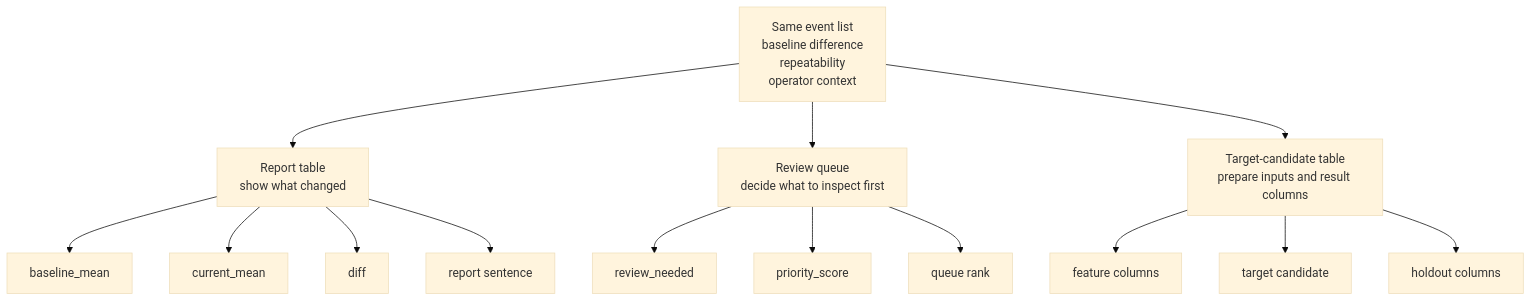
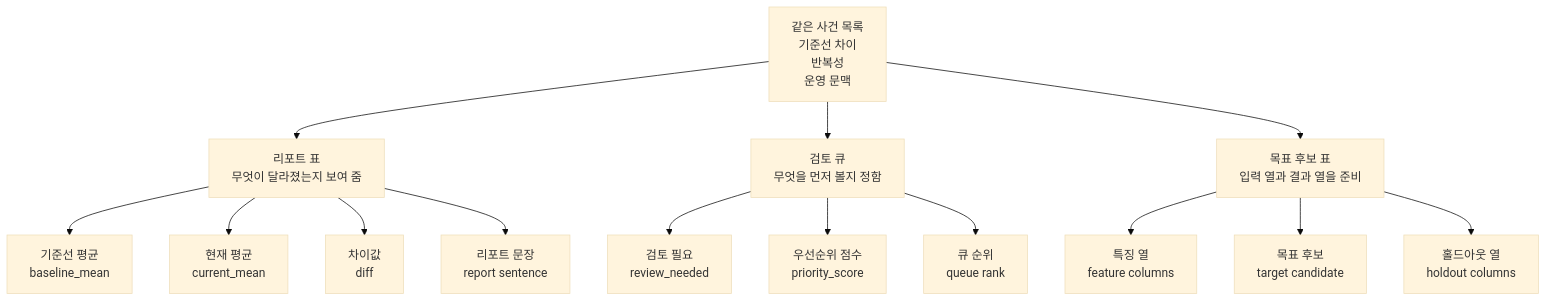
One commit to devchan64/AiBook changed the diagram in docs/parts/part-03/chapter-09/section-03.md. Above: the diagram before and after it, drawn with Mermaid (base theme). The commit also changed 45 other files, not shown here.

Commit message:
docs: localize part 3 mermaid diagrams

````diff
--- a/docs/parts/part-03/chapter-09/section-03.md
+++ b/docs/parts/part-03/chapter-09/section-03.md
@@ -72,21 +72,21 @@
 ```mermaid
 flowchart TD
-    A[Same event list<br/>baseline difference<br/>repeatability<br/>operator context]
+    A[같은 사건 목록<br/>기준선 차이<br/>반복성<br/>운영 문맥]
 
-    A --> B[Report table<br/>show what changed]
-    A --> C[Review queue<br/>decide what to inspect first]
-    A --> D[Target-candidate table<br/>prepare inputs and result columns]
+    A --> B[리포트 표<br/>무엇이 달라졌는지 보여 줌]
+    A --> C[검토 큐<br/>무엇을 먼저 볼지 정함]
+    A --> D[목표 후보 표<br/>입력 열과 결과 열을 준비]
 
-    B --> B1[baseline_mean]
-    B --> B2[current_mean]
-    B --> B3[diff]
-    B --> B4[report sentence]
+    B --> B1[기준선 평균<br/>baseline_mean]
+    B --> B2[현재 평균<br/>current_mean]
+    B --> B3[차이값<br/>diff]
+    B --> B4[리포트 문장<br/>report sentence]
 
-    C --> C1[review_needed]
-    C --> C2[priority_score]
-    C --> C3[queue rank]
+    C --> C1[검토 필요<br/>review_needed]
+    C --> C2[우선순위 점수<br/>priority_score]
+    C --> C3[큐 순위<br/>queue rank]
 
-    D --> D1[feature columns]
-    D --> D2[target candidate]
-    D --> D3[holdout columns]
+    D --> D1[특징 열<br/>feature columns]
+    D --> D2[목표 후보<br/>target candidate]
+    D --> D3[홀드아웃 열<br/>holdout columns]
 ```
````
